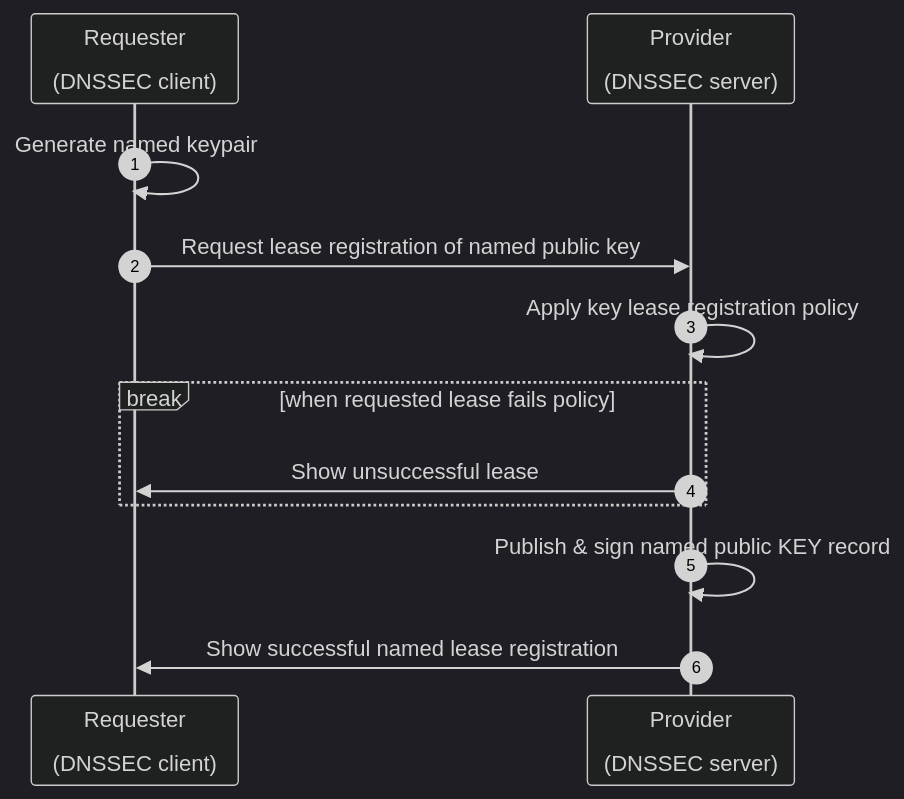
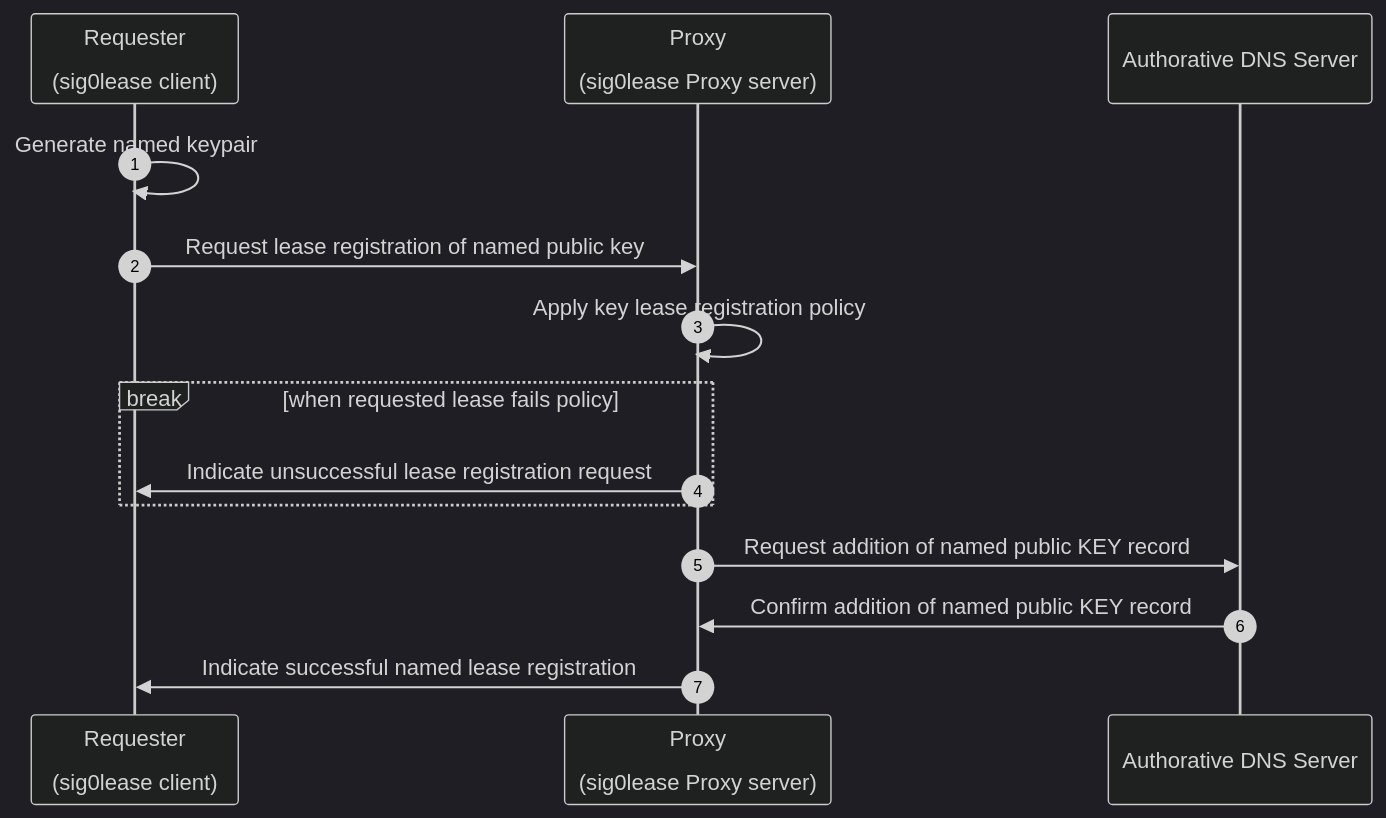
The diagram in hugo-gh/content/posts/my-first-post.md (NetworkCommons/sig0lease), drawn with Mermaid before and after one commit. The commit also changed other lines of this file, not shown here.

Commit message:
adds corrections to mermaid diags

````diff
--- a/hugo-gh/content/posts/my-first-post.md
+++ b/hugo-gh/content/posts/my-first-post.md
@@ -35,17 +35,20 @@
 ```mermaid
 sequenceDiagram
 autonumber
-  participant R as Requester<br><br>(DNSSEC client)
-  participant P as Provider<br><br>(DNSSEC server)
+  participant R as Requester<br><br>(sig0lease client)
+  participant P as Proxy<br><br>(sig0lease Proxy server)
+  participant A as Authorative DNS Server
 
   R->>R: Generate named keypair
   R->>P: Request lease registration of named public key
   P->>P: Apply key lease registration policy
   break when requested lease fails policy
-    P->>R: Show unsuccessful lease
+    P->>R: Indicate unsuccessful lease registration request
   end
-  P->>+P: Publish & sign named public KEY record
-  P->>R: Show successful named lease registration
+  P->>A: Request addition of named public KEY record
+  A->>P: Confirm addition of named public KEY record
+
+  P->>R: Indicate successful named lease registration
 %%{init:{'theme':'dark'}}%%
 %%{init:{'themeCSS':'.messageLine0 { stroke: #ff8; }; .messageText { fill: green; }; .noteText { fill: green; }; g rect.actor { stroke:#00f;fill: #ff8; }; g .note { stroke:#00f;fill: #ff0; };#arrowhead path {stroke: blue; fill:#f00;};'}}%%
 ```
````
